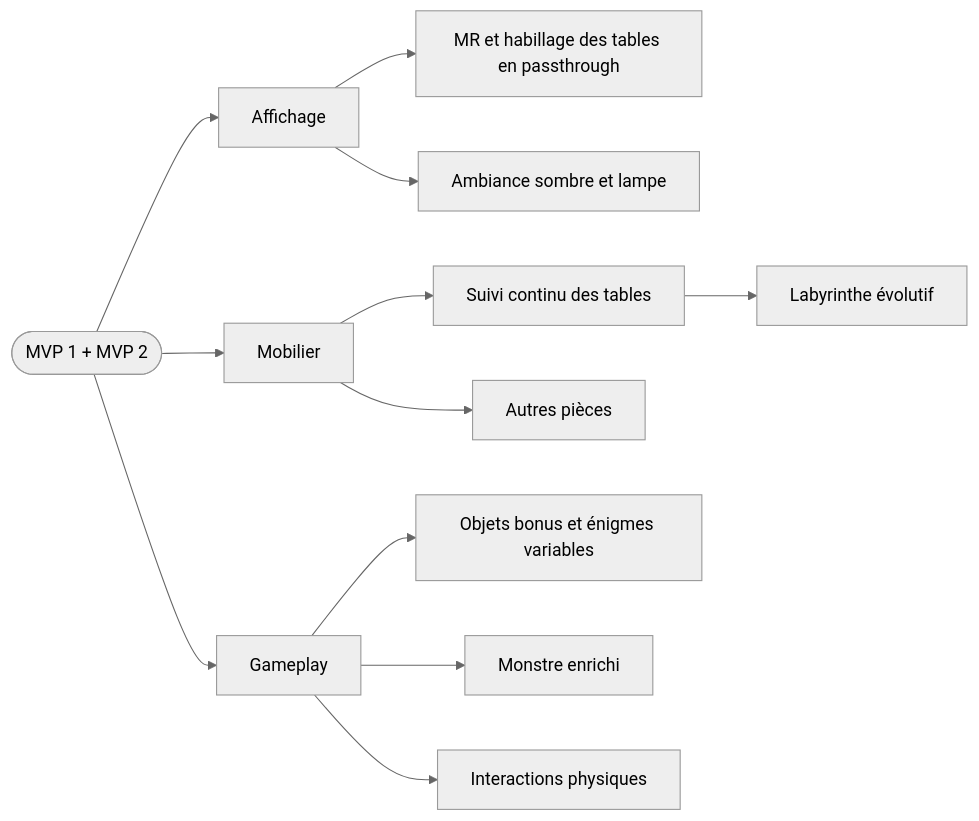
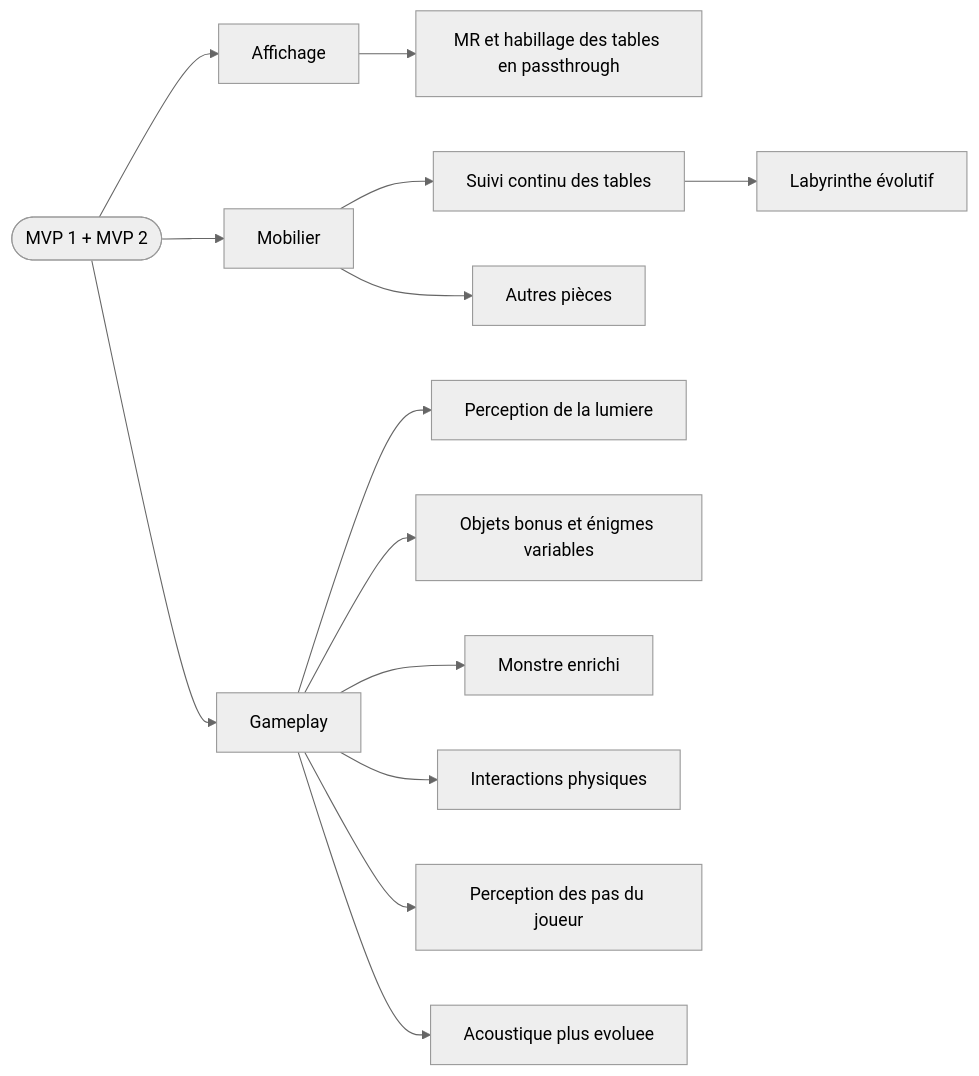
The diagram in docs/extensions.md (maximedrn/mixed-reality-escape-game), drawn with Mermaid (neutral theme) before and after one commit. The commit also changed other lines of this file and 34 other files, not shown here.

````diff
--- a/docs/extensions.md
+++ b/docs/extensions.md
@@ -81,17 +93,19 @@
 ```mermaid
 flowchart LR
     A([MVP 1 + MVP 2]) --> B[Affichage]
     A --> C[Mobilier]
     A --> D[Gameplay]
 
     B --> E[MR et habillage des tables en passthrough]
-    B --> F[Ambiance sombre et lampe]
+    D --> F[Perception de la lumiere]
 
     C --> G[Suivi continu des tables]
     G --> H[Labyrinthe évolutif]
     C --> I[Autres pièces]
 
     D --> J[Objets bonus et énigmes variables]
     D --> K[Monstre enrichi]
     D --> L[Interactions physiques]
+    D --> M[Perception des pas du joueur]
+    D --> O[Acoustique plus evoluee]
 ```
````
